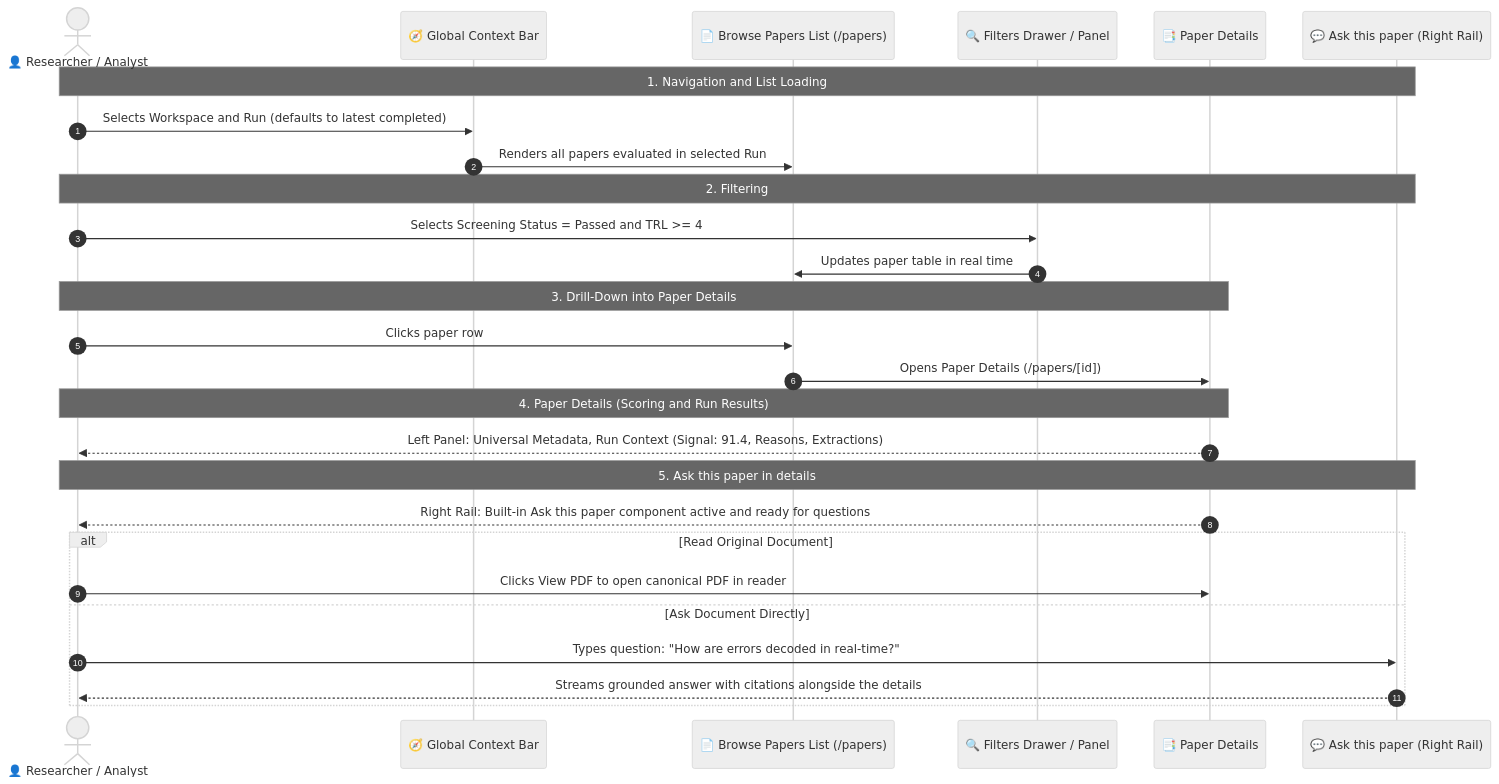
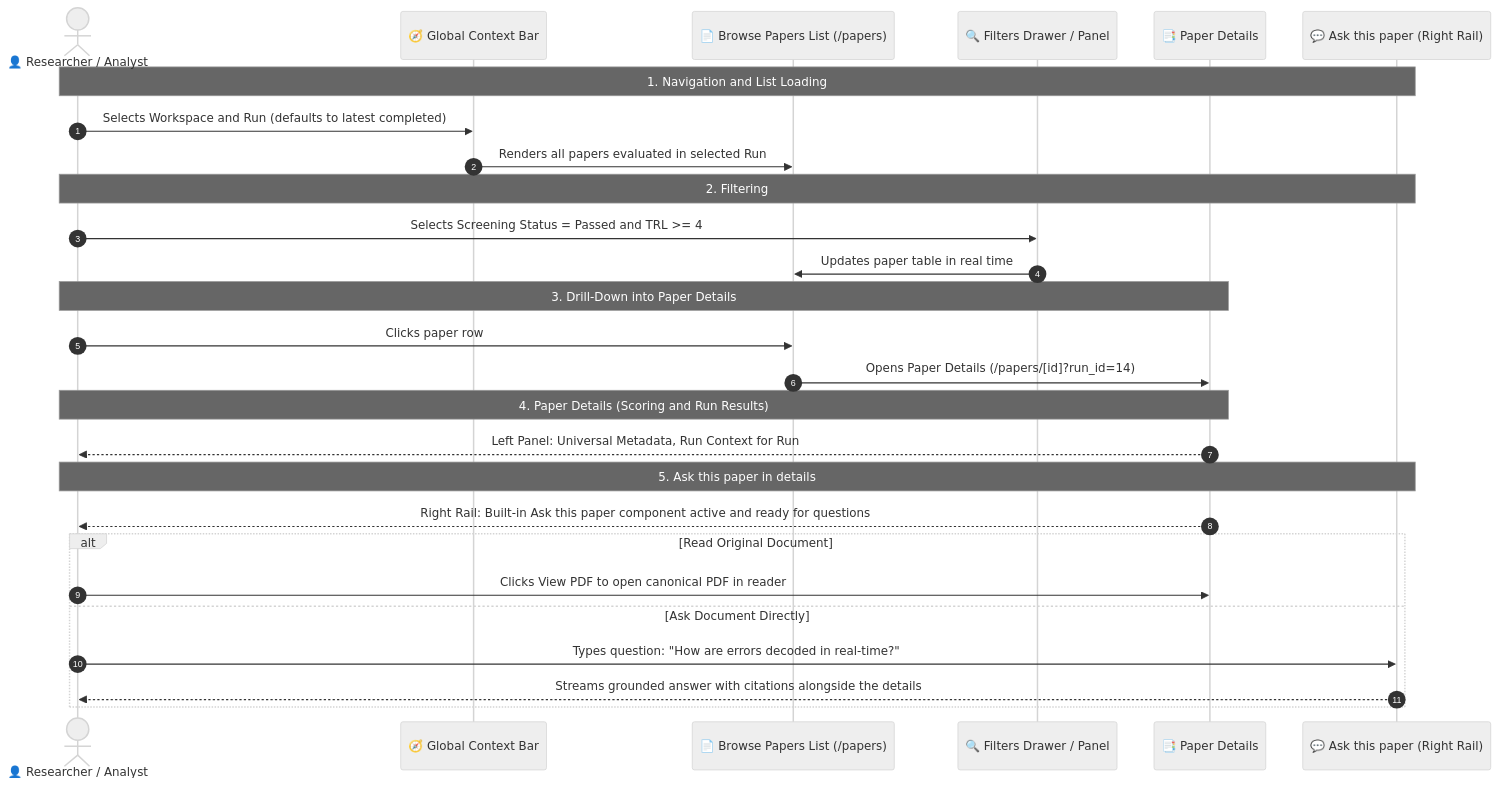
One commit to p4ku/research-intelligence changed the second of 6 diagrams in docs/user_journeys/stage_2_user_journeys.md. Above: the diagram before and after it, drawn with Mermaid (neutral theme). The commit also changed other lines of this file, not shown here.

Commit message:
docs: differentiate backend AI in ask diagram, rename to Chat History, and specify explicit Run Context architecture across all routes

````diff
--- a/docs/user_journeys/stage_2_user_journeys.md
+++ b/docs/user_journeys/stage_2_user_journeys.md
@@ -137,34 +139,34 @@
 ```mermaid
 sequenceDiagram
     autonumber
     actor User as 👤 Researcher / Analyst
     participant TopBar as 🧭 Global Context Bar
     participant PapersList as 📄 Browse Papers List (/papers)
     participant Filters as 🔍 Filters Drawer / Panel
     participant DetailsPage as 📑 Paper Details
     participant PaperChat as 💬 Ask this paper (Right Rail)
 
     Note over User,PaperChat: 1. Navigation and List Loading
     User->>TopBar: Selects Workspace and Run (defaults to latest completed)
     TopBar->>PapersList: Renders all papers evaluated in selected Run
 
     Note over User,PaperChat: 2. Filtering
     User->>Filters: Selects Screening Status = Passed and TRL >= 4
     Filters->>PapersList: Updates paper table in real time
 
     Note over User,DetailsPage: 3. Drill-Down into Paper Details
     User->>PapersList: Clicks paper row
-    PapersList->>DetailsPage: Opens Paper Details (/papers/[id])
+    PapersList->>DetailsPage: Opens Paper Details (/papers/[id]?run_id=14)
 
     Note over User,DetailsPage: 4. Paper Details (Scoring and Run Results)
-    DetailsPage-->>User: Left Panel: Universal Metadata, Run Context (Signal: 91.4, Reasons, Extractions)
+    DetailsPage-->>User: Left Panel: Universal Metadata, Run Context for Run #14 (Signal: 91.4, Reasons, Extractions)
 
     Note over User,PaperChat: 5. Ask this paper in details
     DetailsPage-->>User: Right Rail: Built-in Ask this paper component active and ready for questions
     alt Read Original Document
         User->>DetailsPage: Clicks View PDF to open canonical PDF in reader
     else Ask Document Directly
         User->>PaperChat: Types question: "How are errors decoded in real-time?"
         PaperChat-->>User: Streams grounded answer with citations alongside the details
     end
 ```
````
